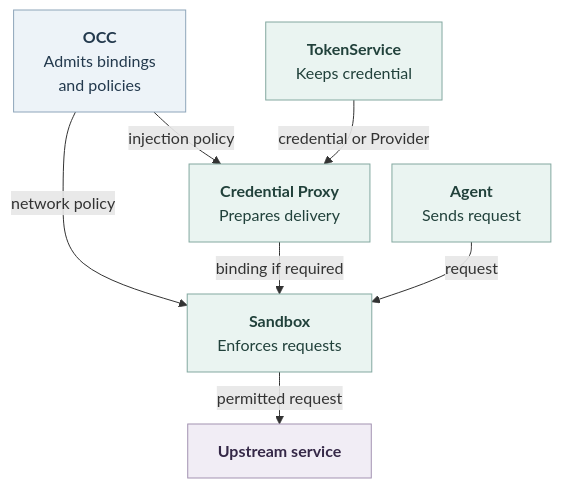
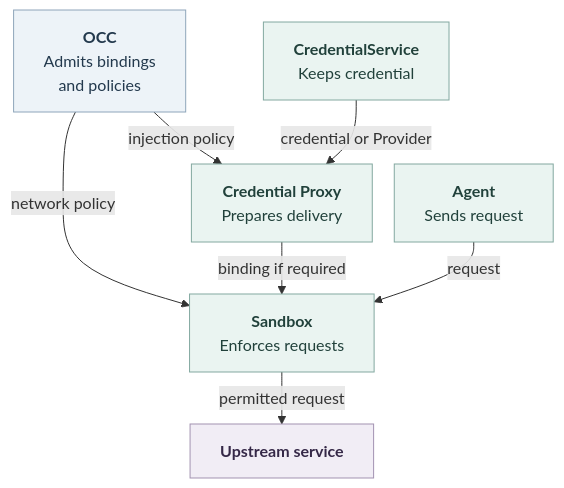
Before and after one commit to openclaw/openclaw-enterprise: the diagram in docs/design/credential-proxy.md, drawn with Mermaid. The commit also changed other lines of this file and 418 other files, not shown here.

Commit message:
Rename credential custody owner to CredentialService

````diff
--- a/docs/design/credential-proxy.md
+++ b/docs/design/credential-proxy.md
@@ -32,22 +32,22 @@
 ```mermaid
 ---
 config:
   htmlLabels: true
   flowchart:
     nodeSpacing: 22
     rankSpacing: 28
 ---
 flowchart TB
   OCC["<b>OCC</b><br/>Admits bindings<br/>and policies"] -->|network policy| S["<b>Sandbox</b><br/>Enforces requests"]
   OCC -->|injection policy| P["<b>Credential Proxy</b><br/>Prepares delivery"]
-  T["<b>TokenService</b><br/>Keeps credential"] -->|credential or Provider| P
+  T["<b>CredentialService</b><br/>Keeps credential"] -->|credential or Provider| P
   P -->|binding if required| S
   A["<b>Agent</b><br/>Sends request"] -->|request| S
   S -->|permitted request| U["<b>Upstream service</b>"]
   classDef record fill:#EDF3F8,stroke:#8EA5BA,color:#23394D,stroke-width:1px
   classDef operation fill:#EAF4F1,stroke:#83A8A0,color:#21413B,stroke-width:1px
   classDef external fill:#F1EDF5,stroke:#A392B1,color:#352847,stroke-width:1px
   class OCC record
   class S,P,T,A operation
   class U external
 ```
````
